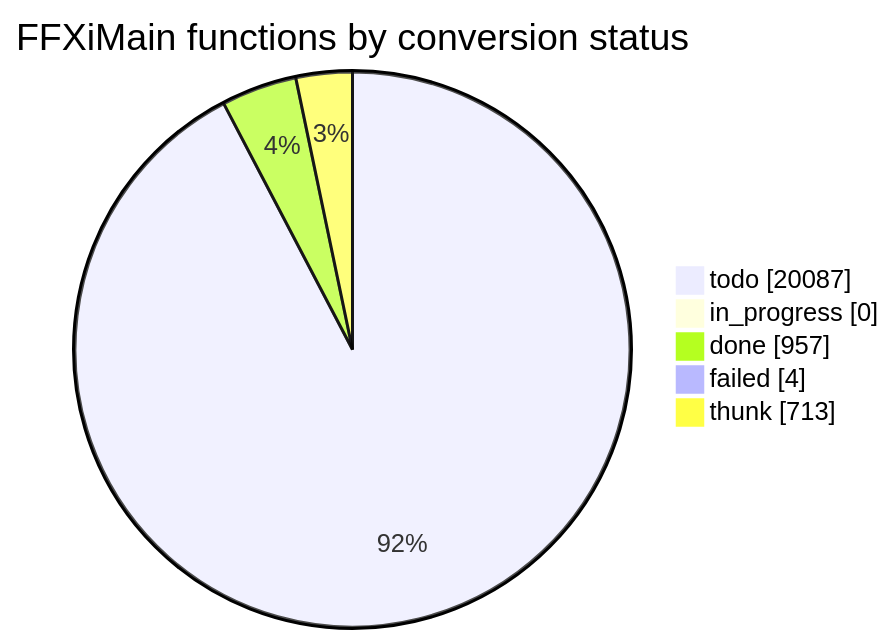
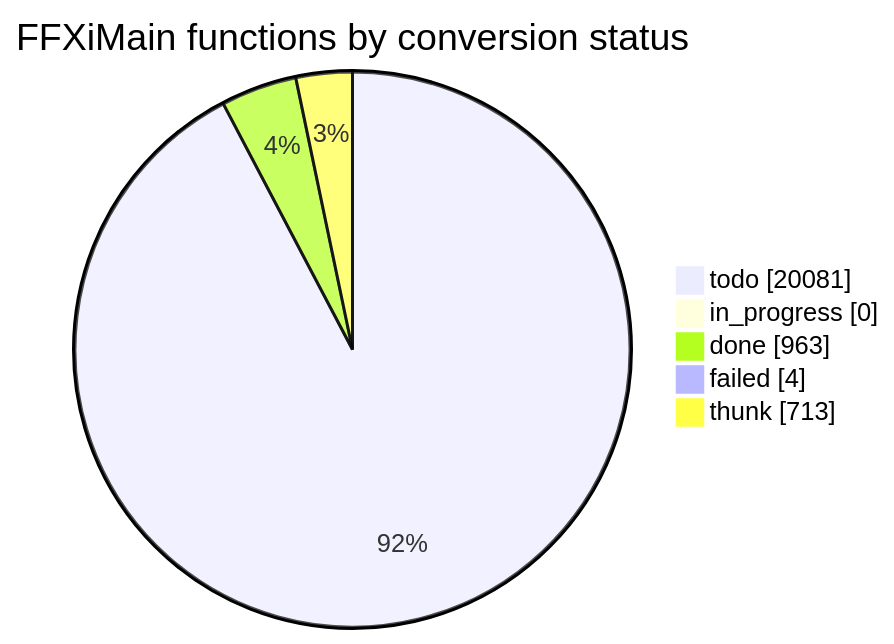
Before and after one commit to cowrevenge/cow_kuluu_xi_anything: the diagram in docs/cow/STATUS.md, drawn with Mermaid. The commit also changed other lines of this file and 33 other files, not shown here.

````diff
--- a/docs/cow/STATUS.md
+++ b/docs/cow/STATUS.md
@@ -18,9 +18,9 @@
 ```mermaid
 pie showData
     title FFXiMain functions by conversion status
-    "todo" : 20087
+    "todo" : 20081
     "in_progress" : 0
-    "done" : 957
+    "done" : 963
     "failed" : 4
     "thunk" : 713
 ```
````
